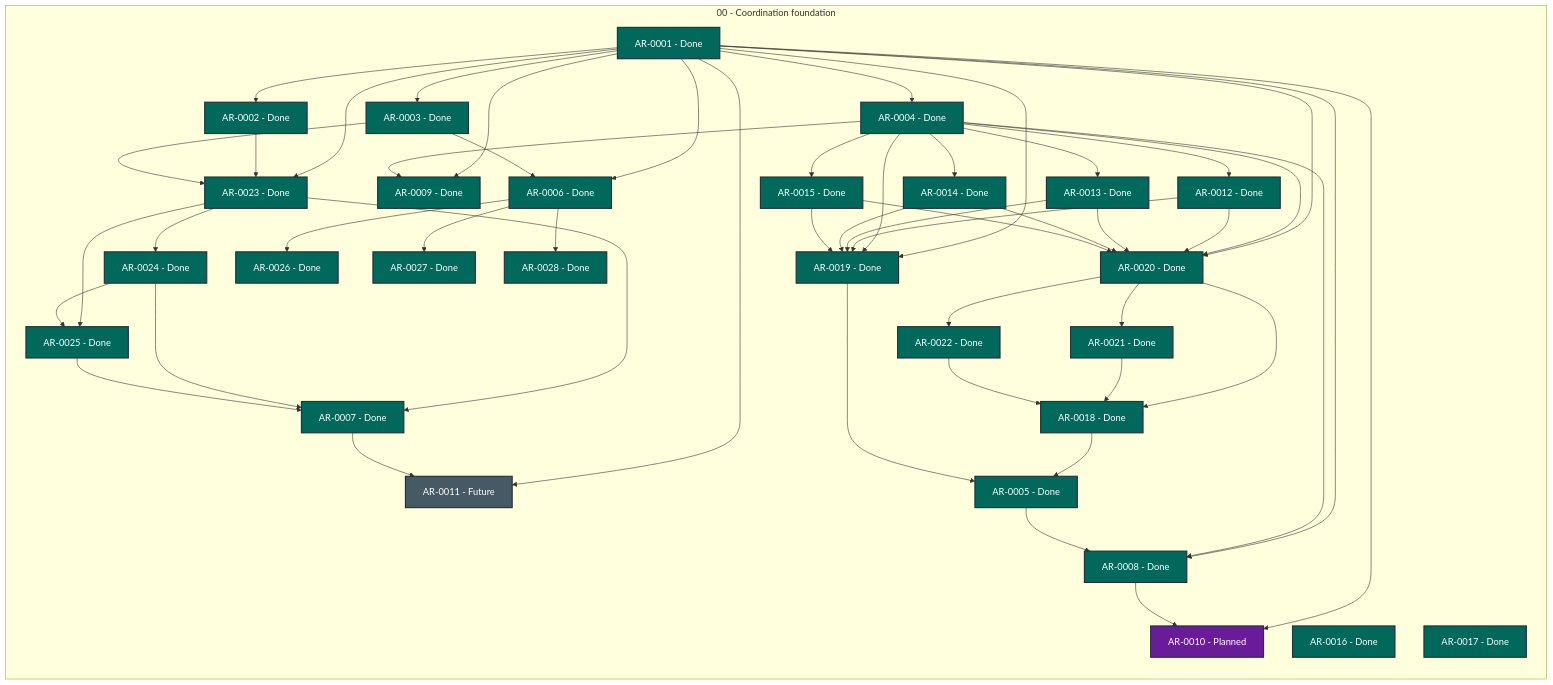
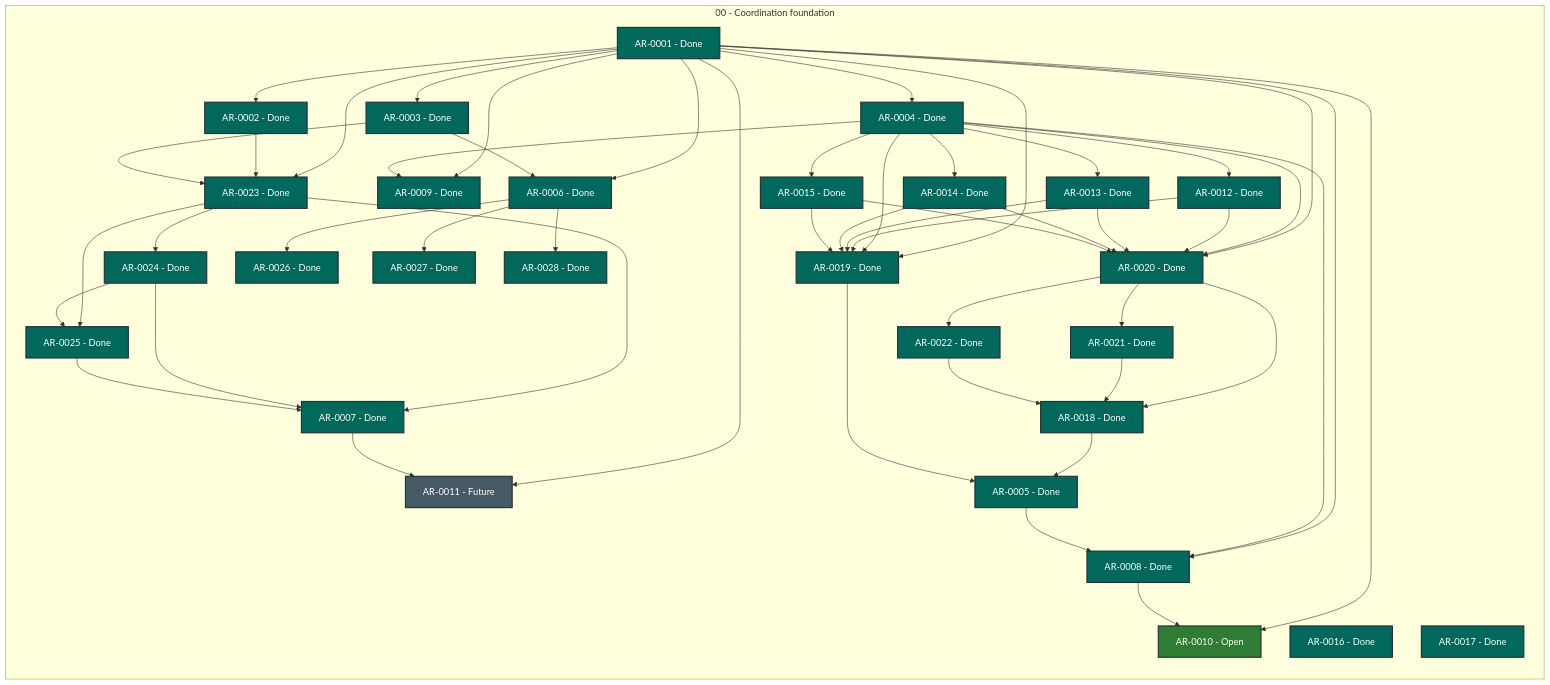
Before and after one commit to martin-beck/agent-workflow-quality-state: the diagram in STATUS.md, drawn with Mermaid. The commit also changed other lines of this file and 2 other files, not shown here.

```diff
--- a/STATUS.md
+++ b/STATUS.md
@@ -37,7 +37,7 @@
         AR_0007["AR-0007 - Done"]:::status_done
         AR_0008["AR-0008 - Done"]:::status_done
         AR_0009["AR-0009 - Done"]:::status_done
-        AR_0010["AR-0010 - Planned"]:::status_planned
+        AR_0010["AR-0010 - Open"]:::status_open
         AR_0011["AR-0011 - Future"]:::status_future
         AR_0012["AR-0012 - Done"]:::status_done
         AR_0013["AR-0013 - Done"]:::status_done
```
